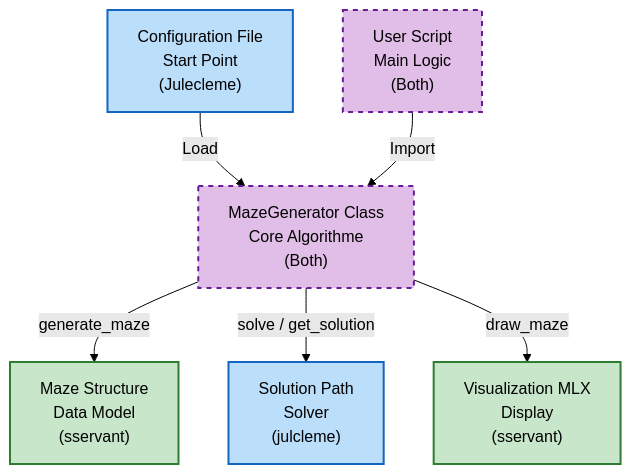
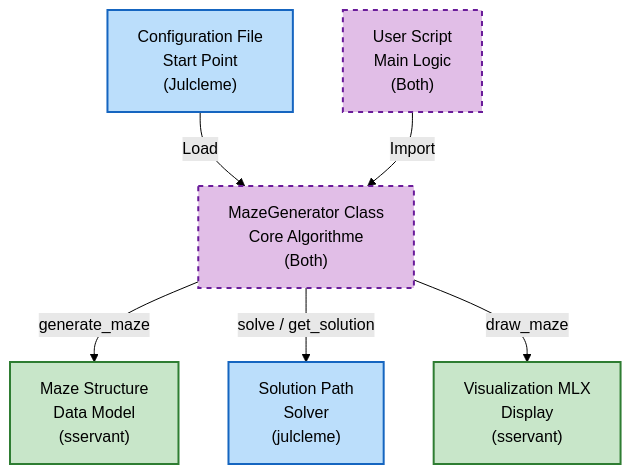
The first of 2 diagrams in README.md (0xS4cha/A-Maze-ing), drawn with Mermaid (forest theme) before and after one commit. The commit also changed other lines of this file and 2 other files, not shown here.

````diff
--- a/README.md
+++ b/README.md
@@ -9,26 +9,26 @@
 ```mermaid
 graph TD
     %% Styles
     classDef jule fill:#BBDEFB,stroke:#1565C0,stroke-width:2px,color:black;
     classDef sserv fill:#C8E6C9,stroke:#2E7D32,stroke-width:2px,color:black;
     classDef both fill:#E1BEE7,stroke:#6A1B9A,stroke-width:2px,stroke-dasharray: 5 5,color:black;
     classDef gui fill:#FFF9C4,stroke:#FBC02D,stroke-width:2px,color:black;
 
     %% Nœuds (Textes entre guillemets pour supporter les parenthèses)
-    Config["Configuration File<br/>Start Point<br/>(Julecleme)"]:::jule
+    Config["Configuration File<br/>Start Point<br/>(Julcleme)"]:::jule
     User["User Script<br/>Main Logic<br/>(Both)"]:::both
     
     Generator["MazeGenerator Class<br/>Core Algorithme<br/>(Both)"]:::both
     Maze["Maze Structure<br/>Data Model<br/>(sservant)"]:::sserv
     Solution["Solution Path<br/>Solver<br/>(julcleme)"]:::jule
     
     GUI["Visualization MLX<br/>Display<br/>(sservant)"]:::sserv
 
     %% Connexions
     Config -->|Load| Generator
     User -->|Import| Generator
     
     Generator -->|generate_maze| Maze
     Generator -->|solve / get_solution| Solution
     Generator -->|draw_maze| GUI
 ```
````
